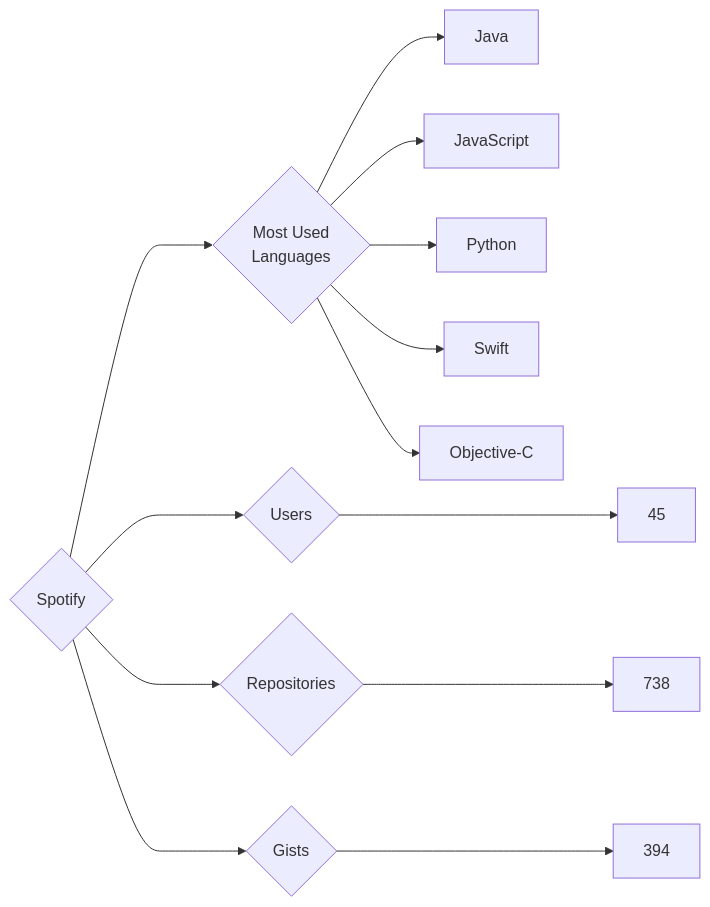
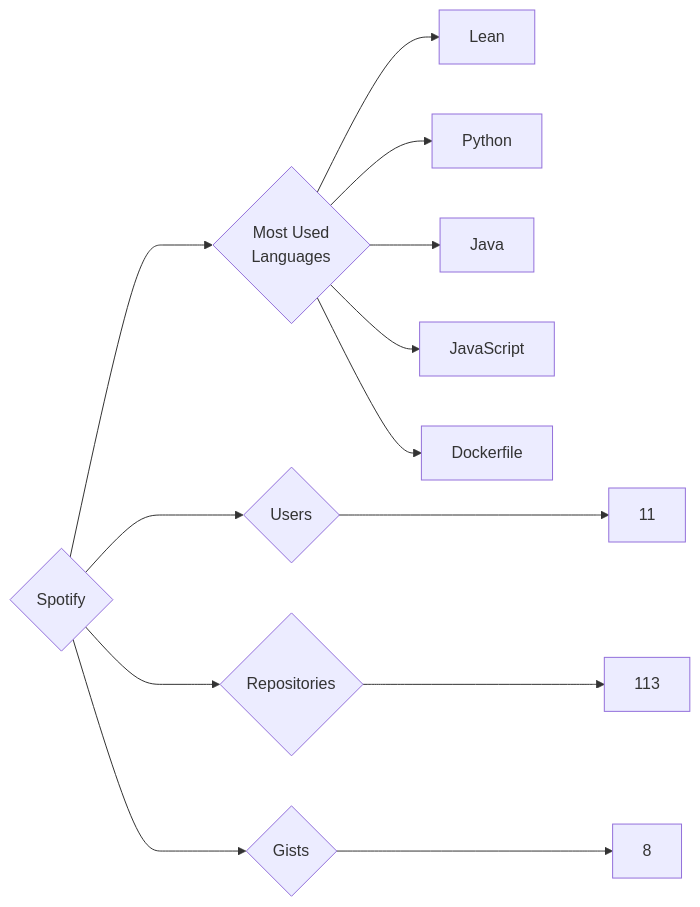
One commit to trickest/insiders changed the diagram in targets/Spotify/README.md. Above: the diagram before and after it, drawn with Mermaid. The commit also changed 597 other files, not shown here.

````diff
--- a/targets/Spotify/README.md
+++ b/targets/Spotify/README.md
@@ -3,13 +3,13 @@
 ```mermaid
 graph LR
 COMPANY_NAME{Spotify}
-COMPANY_NAME ---> U{Users} ---> UN[45]
-COMPANY_NAME ---> R{Repositories} ---> RN[738]
-COMPANY_NAME ---> G{Gists} ---> GN[394]
+COMPANY_NAME ---> U{Users} ---> UN[11]
+COMPANY_NAME ---> R{Repositories} ---> RN[113]
+COMPANY_NAME ---> G{Gists} ---> GN[8]
 COMPANY_NAME ---> ML{Most Used<br>Languages}
+ML --> Lean[Lean]
+ML --> Python[Python]
 ML --> Java[Java]
 ML --> JavaScript[JavaScript]
-ML --> Python[Python]
-ML --> Swift[Swift]
-ML --> Objective-C[Objective-C]
+ML --> Dockerfile[Dockerfile]
 ```
````
